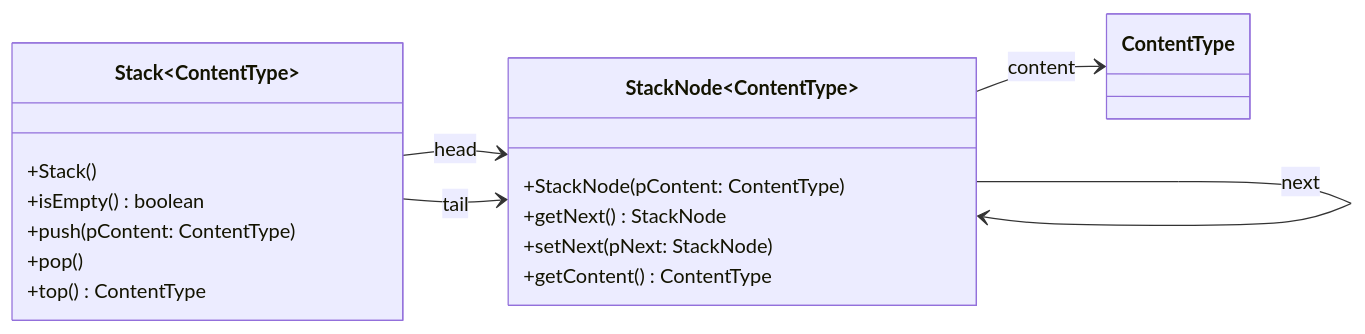
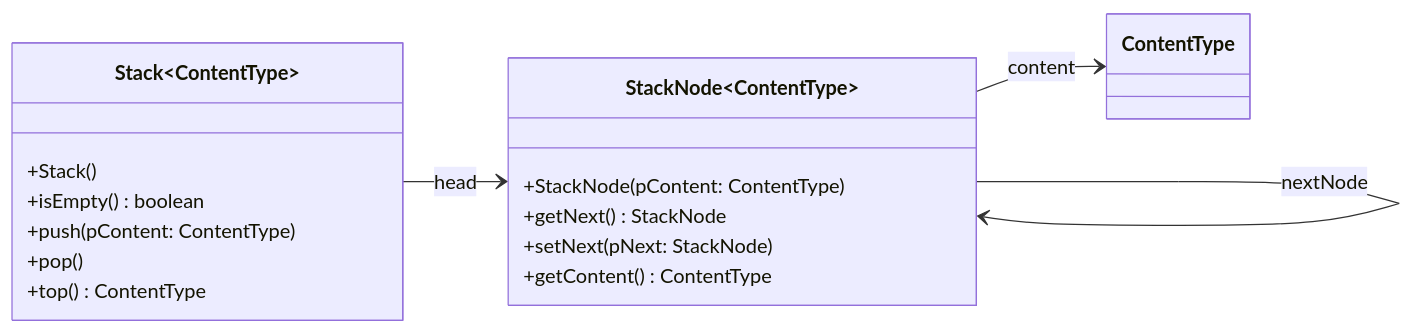
One commit to openpatch/hyperbook-informatik changed the diagram in book/oberstufe/oop/02-erweiterungen/04-lineare-datenstrukturen/stapel/dokumentation.md. Above: the diagram before and after it, drawn with Mermaid. The commit also changed other lines of this file and 29 other files, not shown here.

````diff
--- a/book/oberstufe/oop/02-erweiterungen/04-lineare-datenstrukturen/stapel/dokumentation.md
+++ b/book/oberstufe/oop/02-erweiterungen/04-lineare-datenstrukturen/stapel/dokumentation.md
@@ -18,28 +18,27 @@
 ```mermaid
 classDiagram
     direction LR
     class Stack~ContentType~ {
         +Stack()
         +isEmpty() boolean
         +push(pContent: ContentType)
         +pop()
         +top() ContentType
     }
 
     class StackNode~ContentType~ {
         +StackNode(pContent: ContentType)
         +getNext() StackNode
         +setNext(pNext: StackNode)
         +getContent() ContentType
     }
 
     Stack~ContentType~ --> StackNode~ContentType~:head 
-    Stack~ContentType~ --> StackNode~ContentType~: tail
-    StackNode~ContentType~ --> StackNode~ContentType~: next
+    StackNode~ContentType~ --> StackNode~ContentType~: nextNode
     StackNode~ContentType~ --> ContentType: content
 
     class ContentType {
 
     }
 
 ```
````
